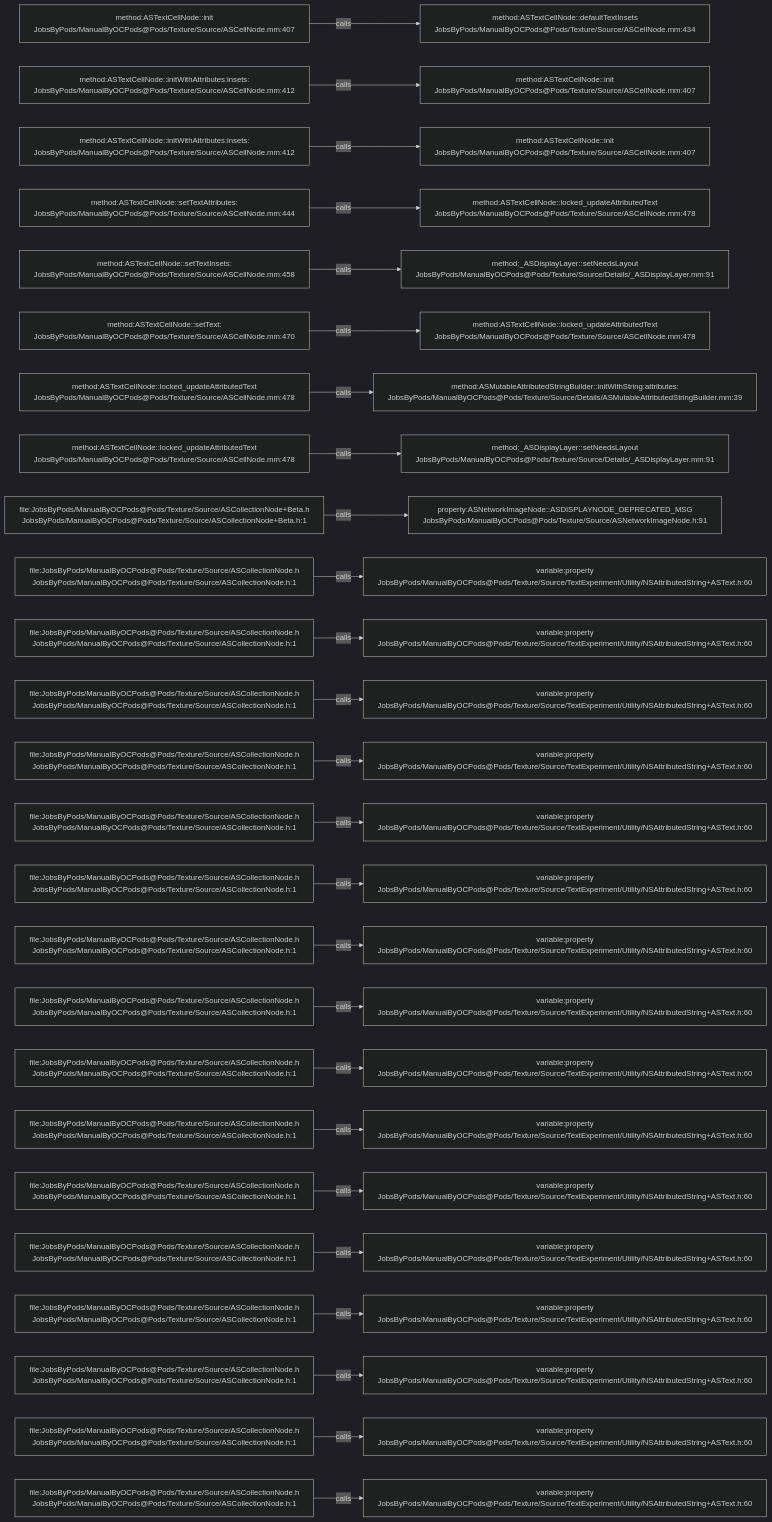
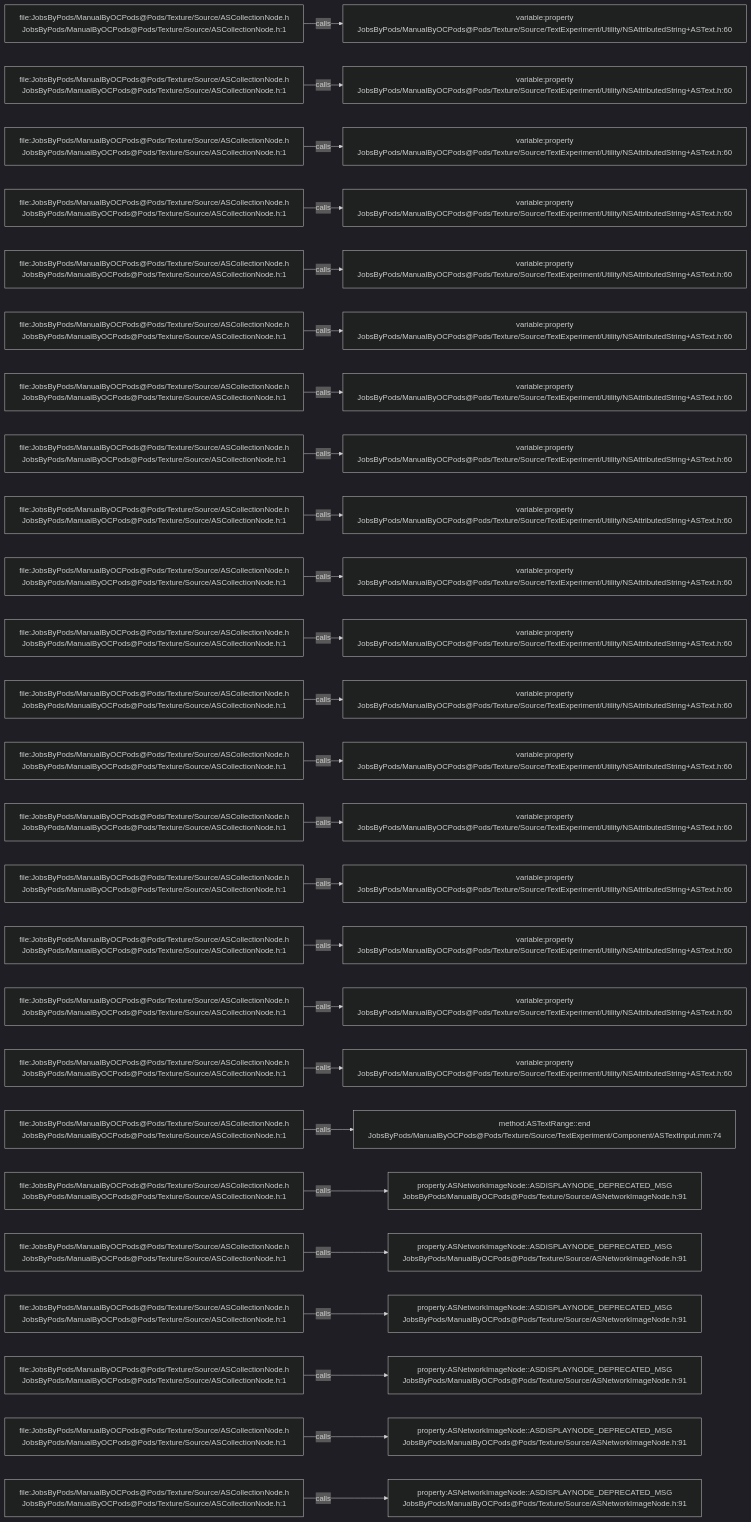
One commit to JobsKits/JobsOCBaseConfigDemo changed the diagram in .codegraph/codegraph.md/graphs/calls-076.md. Above: the diagram before and after it, drawn with Mermaid (dark theme). The commit also changed 296 other files, not shown here.

````diff
--- a/.codegraph/codegraph.md/graphs/calls-076.md
+++ b/.codegraph/codegraph.md/graphs/calls-076.md
@@ -13,78 +13,78 @@
 ```mermaid
 flowchart LR
-  S1["method:ASTextCellNode::init<br/>JobsByPods/ManualByOCPods@Pods/Texture/Source/ASCellNode.mm:407"]
-  T1["method:ASTextCellNode::defaultTextInsets<br/>JobsByPods/ManualByOCPods@Pods/Texture/Source/ASCellNode.mm:434"]
+  S1["file:JobsByPods/ManualByOCPods@Pods/Texture/Source/ASCollectionNode.h<br/>JobsByPods/ManualByOCPods@Pods/Texture/Source/ASCollectionNode.h:1"]
+  T1["variable:property<br/>JobsByPods/ManualByOCPods@Pods/Texture/Source/TextExperiment/Utility/NSAttributedString+ASText.h:60"]
   S1 -->|calls| T1
-  S2["method:ASTextCellNode::initWithAttributes:insets:<br/>JobsByPods/ManualByOCPods@Pods/Texture/Source/ASCellNode.mm:412"]
-  T2["method:ASTextCellNode::init<br/>JobsByPods/ManualByOCPods@Pods/Texture/Source/ASCellNode.mm:407"]
+  S2["file:JobsByPods/ManualByOCPods@Pods/Texture/Source/ASCollectionNode.h<br/>JobsByPods/ManualByOCPods@Pods/Texture/Source/ASCollectionNode.h:1"]
+  T2["variable:property<br/>JobsByPods/ManualByOCPods@Pods/Texture/Source/TextExperiment/Utility/NSAttributedString+ASText.h:60"]
   S2 -->|calls| T2
-  S3["method:ASTextCellNode::initWithAttributes:insets:<br/>JobsByPods/ManualByOCPods@Pods/Texture/Source/ASCellNode.mm:412"]
-  T3["method:ASTextCellNode::init<br/>JobsByPods/ManualByOCPods@Pods/Texture/Source/ASCellNode.mm:407"]
+  S3["file:JobsByPods/ManualByOCPods@Pods/Texture/Source/ASCollectionNode.h<br/>JobsByPods/ManualByOCPods@Pods/Texture/Source/ASCollectionNode.h:1"]
+  T3["variable:property<br/>JobsByPods/ManualByOCPods@Pods/Texture/Source/TextExperiment/Utility/NSAttributedString+ASText.h:60"]
   S3 -->|calls| T3
-  S4["method:ASTextCellNode::setTextAttributes:<br/>JobsByPods/ManualByOCPods@Pods/Texture/Source/ASCellNode.mm:444"]
-  T4["method:ASTextCellNode::locked_updateAttributedText<br/>JobsByPods/ManualByOCPods@Pods/Texture/Source/ASCellNode.mm:478"]
+  S4["file:JobsByPods/ManualByOCPods@Pods/Texture/Source/ASCollectionNode.h<br/>JobsByPods/ManualByOCPods@Pods/Texture/Source/ASCollectionNode.h:1"]
+  T4["variable:property<br/>JobsByPods/ManualByOCPods@Pods/Texture/Source/TextExperiment/Utility/NSAttributedString+ASText.h:60"]
   S4 -->|calls| T4
-  S5["method:ASTextCellNode::setTextInsets:<br/>JobsByPods/ManualByOCPods@Pods/Texture/Source/ASCellNode.mm:458"]
-  T5["method:_ASDisplayLayer::setNeedsLayout<br/>JobsByPods/ManualByOCPods@Pods/Texture/Source/Details/_ASDisplayLayer.mm:91"]
+  S5["file:JobsByPods/ManualByOCPods@Pods/Texture/Source/ASCollectionNode.h<br/>JobsByPods/ManualByOCPods@Pods/Texture/Source/ASCollectionNode.h:1"]
+  T5["variable:property<br/>JobsByPods/ManualByOCPods@Pods/Texture/Source/TextExperiment/Utility/NSAttributedString+ASText.h:60"]
   S5 -->|calls| T5
-  S6["method:ASTextCellNode::setText:<br/>JobsByPods/ManualByOCPods@Pods/Texture/Source/ASCellNode.mm:470"]
-  T6["method:ASTextCellNode::locked_updateAttributedText<br/>JobsByPods/ManualByOCPods@Pods/Texture/Source/ASCellNode.mm:478"]
+  S6["file:JobsByPods/ManualByOCPods@Pods/Texture/Source/ASCollectionNode.h<br/>JobsByPods/ManualByOCPods@Pods/Texture/Source/ASCollectionNode.h:1"]
+  T6["variable:property<br/>JobsByPods/ManualByOCPods@Pods/Texture/Source/TextExperiment/Utility/NSAttributedString+ASText.h:60"]
   S6 -->|calls| T6
-  S7["method:ASTextCellNode::locked_updateAttributedText<br/>JobsByPods/ManualByOCPods@Pods/Texture/Source/ASCellNode.mm:478"]
-  T7["method:ASMutableAttributedStringBuilder::initWithString:attributes:<br/>JobsByPods/ManualByOCPods@Pods/Texture/Source/Details/ASMutableAttributedStringBuilder.mm:39"]
+  S7["file:JobsByPods/ManualByOCPods@Pods/Texture/Source/ASCollectionNode.h<br/>JobsByPods/ManualByOCPods@Pods/Texture/Source/ASCollectionNode.h:1"]
+  T7["variable:property<br/>JobsByPods/ManualByOCPods@Pods/Texture/Source/TextExperiment/Utility/NSAttributedString+ASText.h:60"]
   S7 -->|calls| T7
-  S8["method:ASTextCellNode::locked_updateAttributedText<br/>JobsByPods/ManualByOCPods@Pods/Texture/Source/ASCellNode.mm:478"]
-  T8["method:_ASDisplayLayer::setNeedsLayout<br/>JobsByPods/ManualByOCPods@Pods/Texture/Source/Details/_ASDisplayLayer.mm:91"]
+  S8["file:JobsByPods/ManualByOCPods@Pods/Texture/Source/ASCollectionNode.h<br/>JobsByPods/ManualByOCPods@Pods/Texture/Source/ASCollectionNode.h:1"]
+  T8["variable:property<br/>JobsByPods/ManualByOCPods@Pods/Texture/Source/TextExperiment/Utility/NSAttributedString+ASText.h:60"]
   S8 -->|calls| T8
-  S9["file:JobsByPods/ManualByOCPods@Pods/Texture/Source/ASCollectionNode+Beta.h<br/>JobsByPods/ManualByOCPods@Pods/Texture/Source/ASCollectionNode+Beta.h:1"]
-  T9["property:ASNetworkImageNode::ASDISPLAYNODE_DEPRECATED_MSG<br/>JobsByPods/ManualByOCPods@Pods/Texture/Source/ASNetworkImageNode.h:91"]
+  S9["file:JobsByPods/ManualByOCPods@Pods/Texture/Source/ASCollectionNode.h<br/>JobsByPods/ManualByOCPods@Pods/Texture/Source/ASCollectionNode.h:1"]
+  T9["variable:property<br/>JobsByPods/ManualByOCPods@Pods/Texture/Source/TextExperiment/Utility/NSAttributedString+ASText.h:60"]
   S9 -->|calls| T9
   S10["file:JobsByPods/ManualByOCPods@Pods/Texture/Source/ASCollectionNode.h<br/>JobsByPods/ManualByOCPods@Pods/Texture/Source/ASCollectionNode.h:1"]
   T10["variable:property<br/>JobsByPods/ManualByOCPods@Pods/Texture/Source/TextExperiment/Utility/NSAttributedString+ASText.h:60"]
   S10 -->|calls| T10
   S11["file:JobsByPods/ManualByOCPods@Pods/Texture/Source/ASCollectionNode.h<br/>JobsByPods/ManualByOCPods@Pods/Texture/Source/ASCollectionNode.h:1"]
   T11["variable:property<br/>JobsByPods/ManualByOCPods@Pods/Texture/Source/TextExperiment/Utility/NSAttributedString+ASText.h:60"]
   S11 -->|calls| T11
   S12["file:JobsByPods/ManualByOCPods@Pods/Texture/Source/ASCollectionNode.h<br/>JobsByPods/ManualByOCPods@Pods/Texture/Source/ASCollectionNode.h:1"]
   T12["variable:property<br/>JobsByPods/ManualByOCPods@Pods/Texture/Source/TextExperiment/Utility/NSAttributedString+ASText.h:60"]
   S12 -->|calls| T12
   S13["file:JobsByPods/ManualByOCPods@Pods/Texture/Source/ASCollectionNode.h<br/>JobsByPods/ManualByOCPods@Pods/Texture/Source/ASCollectionNode.h:1"]
   T13["variable:property<br/>JobsByPods/ManualByOCPods@Pods/Texture/Source/TextExperiment/Utility/NSAttributedString+ASText.h:60"]
   S13 -->|calls| T13
   S14["file:JobsByPods/ManualByOCPods@Pods/Texture/Source/ASCollectionNode.h<br/>JobsByPods/ManualByOCPods@Pods/Texture/Source/ASCollectionNode.h:1"]
   T14["variable:property<br/>JobsByPods/ManualByOCPods@Pods/Texture/Source/TextExperiment/Utility/NSAttributedString+ASText.h:60"]
   S14 -->|calls| T14
   S15["file:JobsByPods/ManualByOCPods@Pods/Texture/Source/ASCollectionNode.h<br/>JobsByPods/ManualByOCPods@Pods/Texture/Source/ASCollectionNode.h:1"]
   T15["variable:property<br/>JobsByPods/ManualByOCPods@Pods/Texture/Source/TextExperiment/Utility/NSAttributedString+ASText.h:60"]
   S15 -->|calls| T15
   S16["file:JobsByPods/ManualByOCPods@Pods/Texture/Source/ASCollectionNode.h<br/>JobsByPods/ManualByOCPods@Pods/Texture/Source/ASCollectionNode.h:1"]
   T16["variable:property<br/>JobsByPods/ManualByOCPods@Pods/Texture/Source/TextExperiment/Utility/NSAttributedString+ASText.h:60"]
   S16 -->|calls| T16
   S17["file:JobsByPods/ManualByOCPods@Pods/Texture/Source/ASCollectionNode.h<br/>JobsByPods/ManualByOCPods@Pods/Texture/Source/ASCollectionNode.h:1"]
   T17["variable:property<br/>JobsByPods/ManualByOCPods@Pods/Texture/Source/TextExperiment/Utility/NSAttributedString+ASText.h:60"]
   S17 -->|calls| T17
   S18["file:JobsByPods/ManualByOCPods@Pods/Texture/Source/ASCollectionNode.h<br/>JobsByPods/ManualByOCPods@Pods/Texture/Source/ASCollectionNode.h:1"]
   T18["variable:property<br/>JobsByPods/ManualByOCPods@Pods/Texture/Source/TextExperiment/Utility/NSAttributedString+ASText.h:60"]
   S18 -->|calls| T18
   S19["file:JobsByPods/ManualByOCPods@Pods/Texture/Source/ASCollectionNode.h<br/>JobsByPods/ManualByOCPods@Pods/Texture/Source/ASCollectionNode.h:1"]
-  T19["variable:property<br/>JobsByPods/ManualByOCPods@Pods/Texture/Source/TextExperiment/Utility/NSAttributedString+ASText.h:60"]
+  T19["method:ASTextRange::end<br/>JobsByPods/ManualByOCPods@Pods/Texture/Source/TextExperiment/Component/ASTextInput.mm:74"]
   S19 -->|calls| T19
   S20["file:JobsByPods/ManualByOCPods@Pods/Texture/Source/ASCollectionNode.h<br/>JobsByPods/ManualByOCPods@Pods/Texture/Source/ASCollectionNode.h:1"]
-  T20["variable:property<br/>JobsByPods/ManualByOCPods@Pods/Texture/Source/TextExperiment/Utility/NSAttributedString+ASText.h:60"]
+  T20["property:ASNetworkImageNode::ASDISPLAYNODE_DEPRECATED_MSG<br/>JobsByPods/ManualByOCPods@Pods/Texture/Source/ASNetworkImageNode.h:91"]
   S20 -->|calls| T20
   S21["file:JobsByPods/ManualByOCPods@Pods/Texture/Source/ASCollectionNode.h<br/>JobsByPods/ManualByOCPods@Pods/Texture/Source/ASCollectionNode.h:1"]
-  T21["variable:property<br/>JobsByPods/ManualByOCPods@Pods/Texture/Source/TextExperiment/Utility/NSAttributedString+ASText.h:60"]
+  T21["property:ASNetworkImageNode::ASDISPLAYNODE_DEPRECATED_MSG<br/>JobsByPods/ManualByOCPods@Pods/Texture/Source/ASNetworkImageNode.h:91"]
   S21 -->|calls| T21
   S22["file:JobsByPods/ManualByOCPods@Pods/Texture/Source/ASCollectionNode.h<br/>JobsByPods/ManualByOCPods@Pods/Texture/Source/ASCollectionNode.h:1"]
-  T22["variable:property<br/>JobsByPods/ManualByOCPods@Pods/Texture/Source/TextExperiment/Utility/NSAttributedString+ASText.h:60"]
+  T22["property:ASNetworkImageNode::ASDISPLAYNODE_DEPRECATED_MSG<br/>JobsByPods/ManualByOCPods@Pods/Texture/Source/ASNetworkImageNode.h:91"]
   S22 -->|calls| T22
   S23["file:JobsByPods/ManualByOCPods@Pods/Texture/Source/ASCollectionNode.h<br/>JobsByPods/ManualByOCPods@Pods/Texture/Source/ASCollectionNode.h:1"]
-  T23["variable:property<br/>JobsByPods/ManualByOCPods@Pods/Texture/Source/TextExperiment/Utility/NSAttributedString+ASText.h:60"]
+  T23["property:ASNetworkImageNode::ASDISPLAYNODE_DEPRECATED_MSG<br/>JobsByPods/ManualByOCPods@Pods/Texture/Source/ASNetworkImageNode.h:91"]
   S23 -->|calls| T23
   S24["file:JobsByPods/ManualByOCPods@Pods/Texture/Source/ASCollectionNode.h<br/>JobsByPods/ManualByOCPods@Pods/Texture/Source/ASCollectionNode.h:1"]
-  T24["variable:property<br/>JobsByPods/ManualByOCPods@Pods/Texture/Source/TextExperiment/Utility/NSAttributedString+ASText.h:60"]
+  T24["property:ASNetworkImageNode::ASDISPLAYNODE_DEPRECATED_MSG<br/>JobsByPods/ManualByOCPods@Pods/Texture/Source/ASNetworkImageNode.h:91"]
   S24 -->|calls| T24
   S25["file:JobsByPods/ManualByOCPods@Pods/Texture/Source/ASCollectionNode.h<br/>JobsByPods/ManualByOCPods@Pods/Texture/Source/ASCollectionNode.h:1"]
-  T25["variable:property<br/>JobsByPods/ManualByOCPods@Pods/Texture/Source/TextExperiment/Utility/NSAttributedString+ASText.h:60"]
+  T25["property:ASNetworkImageNode::ASDISPLAYNODE_DEPRECATED_MSG<br/>JobsByPods/ManualByOCPods@Pods/Texture/Source/ASNetworkImageNode.h:91"]
   S25 -->|calls| T25
 ```
````
